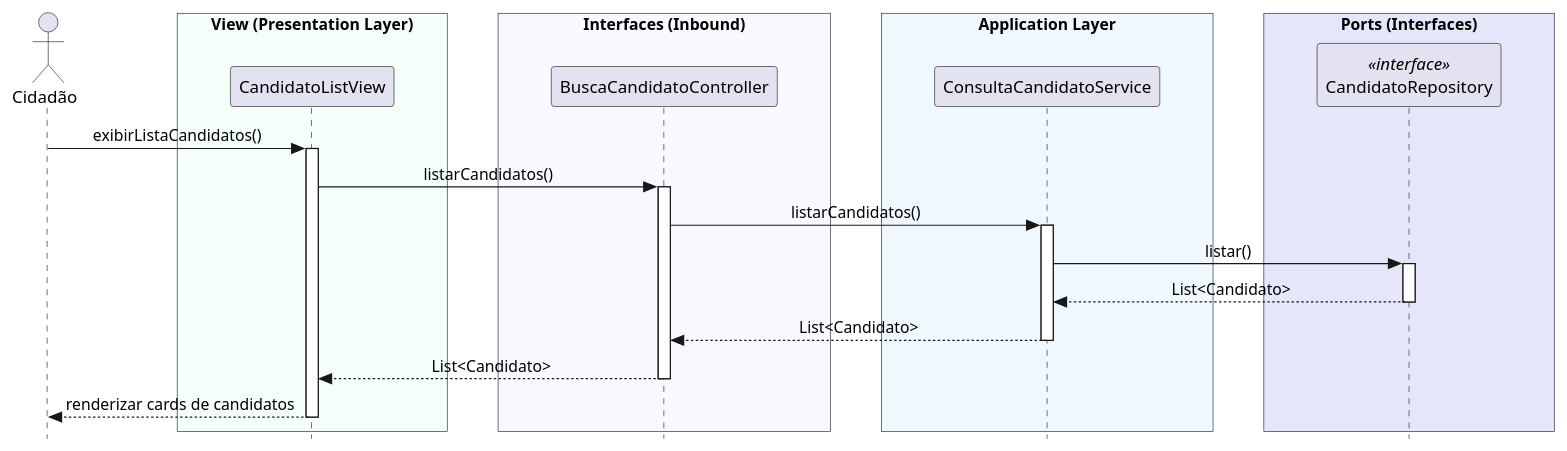
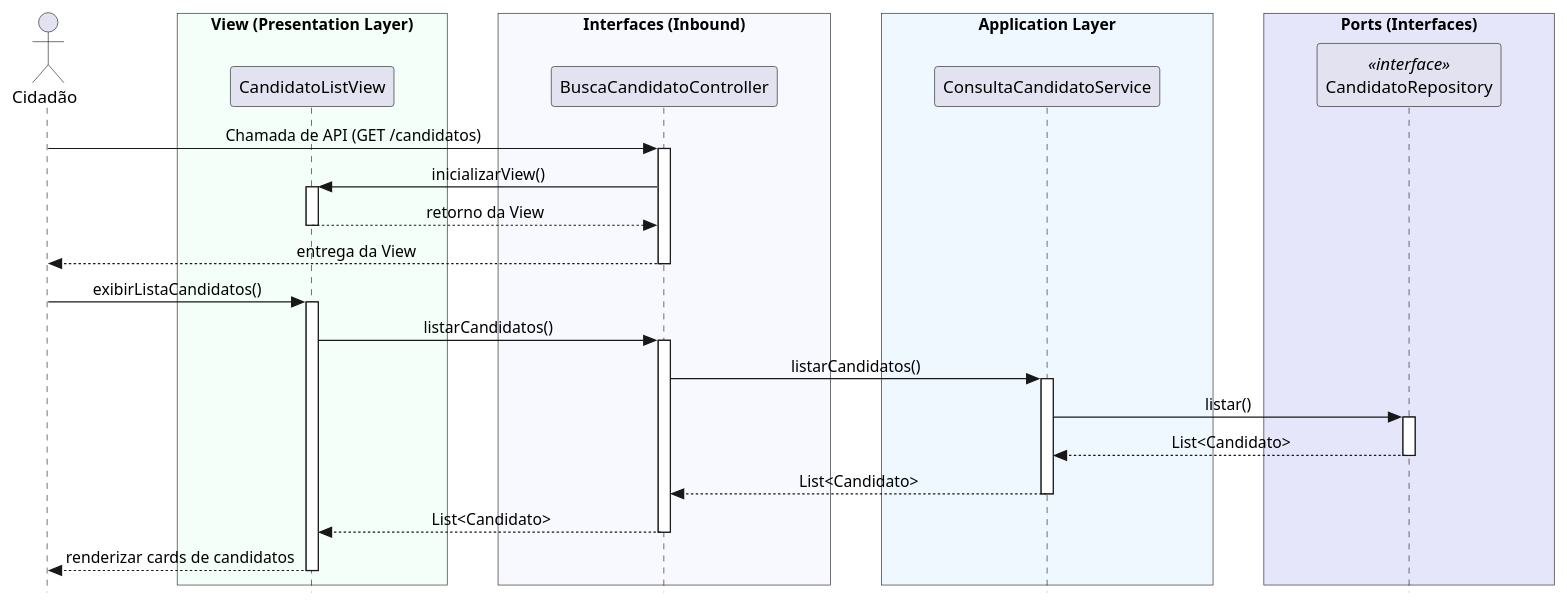
The diagram in sistema-java/docs/02 - Implementação/Diagramas_de_Squência_de_Sistema/UC5.md (Nenhum-Grupo/ProjetoEngenharia), drawn with PlantUML before and after one commit. The commit also changed other lines of this file, not shown here.

Commit message:
Revise UC5 sequence diagram
Updated sequence diagram for candidate search use case.

````diff
--- a/sistema-java/docs/02 - Implementação/Diagramas_de_Squência_de_Sistema/UC5.md
+++ b/sistema-java/docs/02 - Implementação/Diagramas_de_Squência_de_Sistema/UC5.md
@@ -6,52 +6,64 @@
 ```plantuml
 @startuml
 skinparam style strictuml
 skinparam sequenceMessageAlign center
 skinparam ParticipantPadding 40
 skinparam ParticipantMinWidth 140
 skinparam BoxPadding 20
 
 actor "Cidadão" as User
 
 box "View (Presentation Layer)" #MintCream
 participant "CandidatoListView" as View
 end box
 
 box "Interfaces (Inbound)" #GhostWhite
 participant "BuscaCandidatoController" as Ctrl
 end box
 
 box "Application Layer" #AliceBlue
 participant "ConsultaCandidatoService" as Service
 end box
 
 box "Ports (Interfaces)" #Lavender
 participant "CandidatoRepository" as Repo <<interface>>
 end box
 
+' --- INTERAÇÃO INICIAL DE ACESSO (CHAMADA DE API) ---
+User -> Ctrl : Chamada de API (GET /candidatos)
+activate Ctrl
 
+Ctrl -> View : inicializarView()
+activate View
+View --> Ctrl : retorno da View
+deactivate View
+
+Ctrl --> User : entrega da View
+deactivate Ctrl
+
+' --- FLUXO ORIGINAL DE PROCESSAMENTO ---
 User -> View : exibirListaCandidatos()
 activate View
 
 View -> Ctrl : listarCandidatos()
 activate Ctrl
 
 Ctrl -> Service : listarCandidatos()
 activate Service
 
 Service -> Repo : listar()
 activate Repo
 Repo --> Service : List<Candidato>
 deactivate Repo
 
 Service --> Ctrl : List<Candidato>
 deactivate Service
 
 Ctrl --> View : List<Candidato>
 deactivate Ctrl
 
 View --> User : renderizar cards de candidatos
 deactivate View
 
 @enduml
 ```
````
